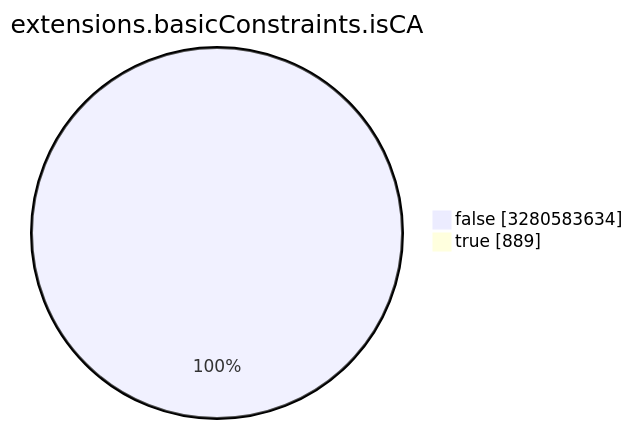
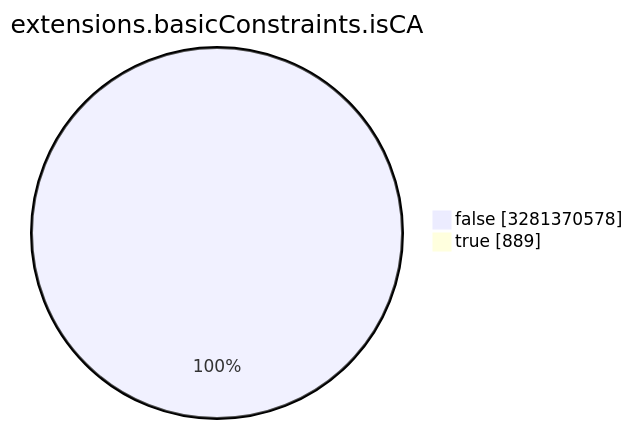
Before and after one commit to christiankrug/ctmonitor_visualization: the seventh of 15 diagrams in TOTAL/README.md, drawn with Mermaid. The commit also changed other lines of this file, not shown here.

````diff
--- a/TOTAL/README.md
+++ b/TOTAL/README.md
@@ -3089,6 +3089,6 @@
 ```mermaid
 pie showData
 title extensions.basicConstraints.isCA
-"false" :3280583634
+"false" :3281370578
 "true" :889
 ```
````
